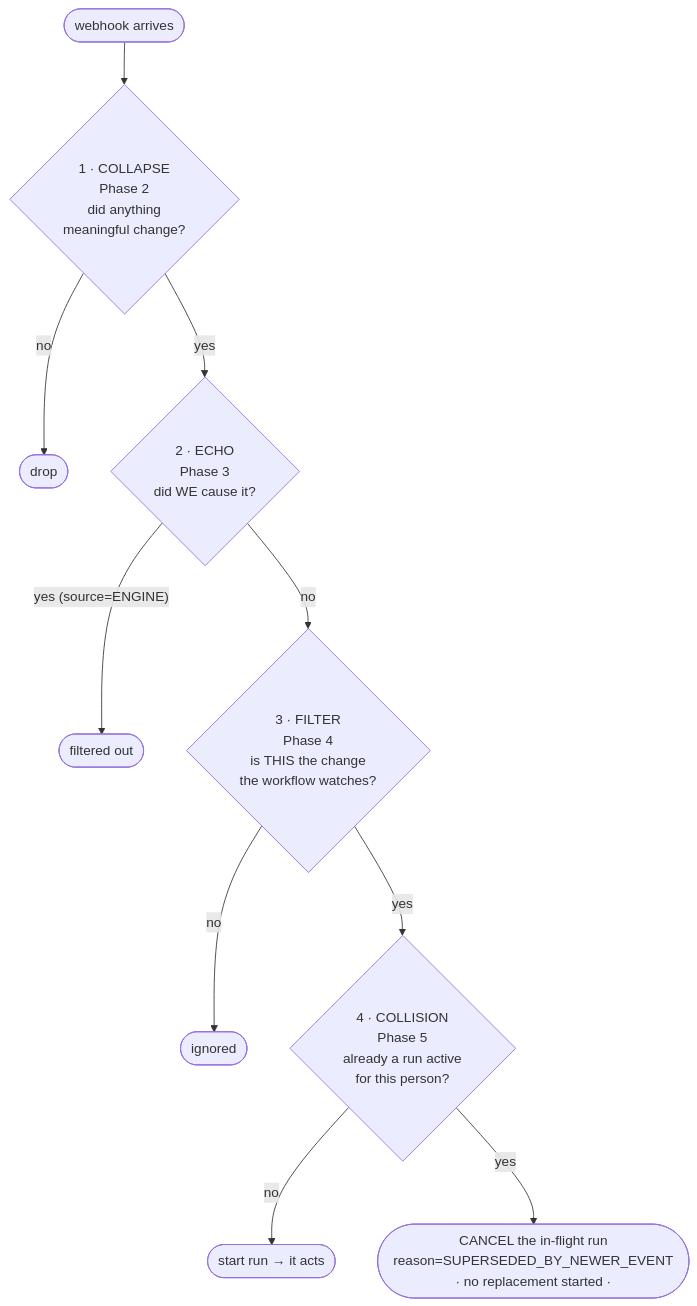
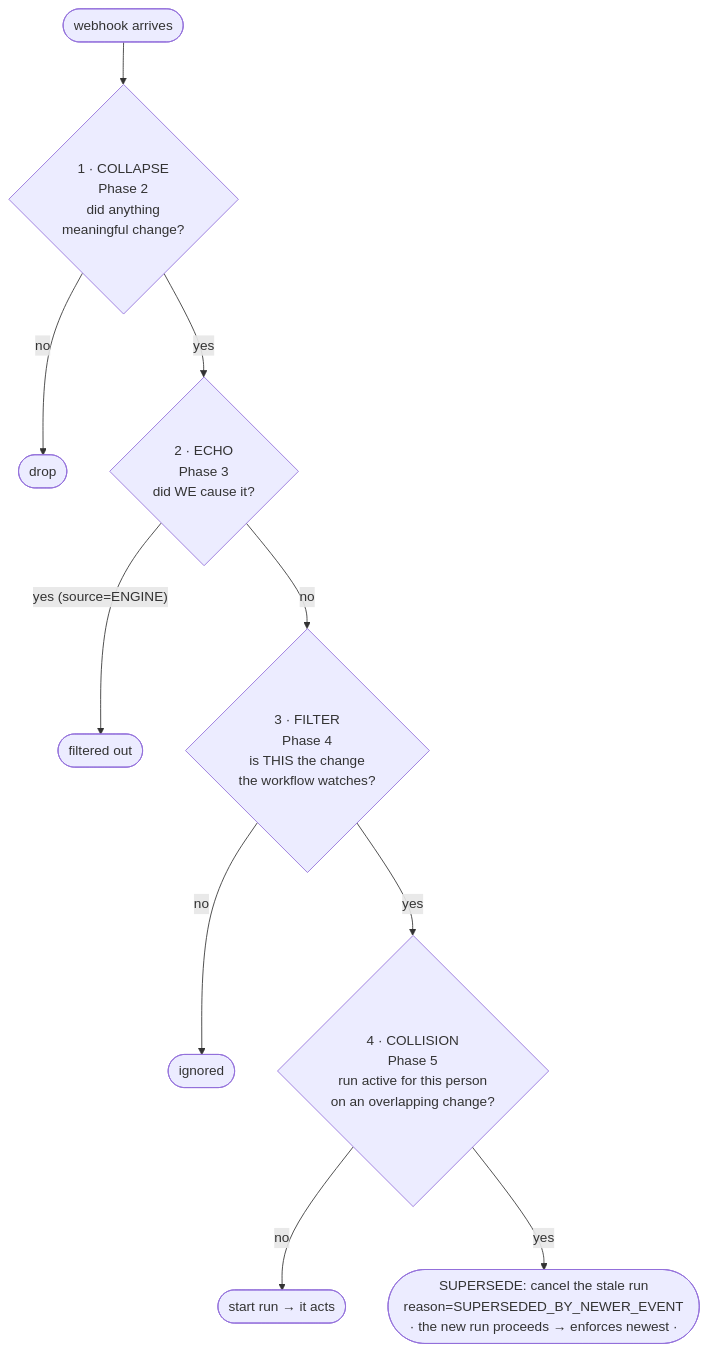
One commit to sarathkumar365/FUB-Automation changed the seventh of 8 diagrams in Docs/features/domain-events/overview.md. Above: the diagram before and after it, drawn with Mermaid. The commit also changed other lines of this file and 10 other files, not shown here.

````diff
--- a/Docs/features/domain-events/overview.md
+++ b/Docs/features/domain-events/overview.md
@@ -164,12 +164,12 @@
 ```mermaid
 flowchart TD
     WH([webhook arrives]) --> L1{1 · COLLAPSE<br/>Phase 2<br/>did anything<br/>meaningful change?}
     L1 -->|no| X1([drop])
     L1 -->|yes| L2{2 · ECHO<br/>Phase 3<br/>did WE cause it?}
     L2 -->|"yes (source=ENGINE)"| X2([filtered out])
     L2 -->|no| L3{3 · FILTER<br/>Phase 4<br/>is THIS the change<br/>the workflow watches?}
     L3 -->|no| X3([ignored])
-    L3 -->|yes| L4{4 · COLLISION<br/>Phase 5<br/>already a run active<br/>for this person?}
+    L3 -->|yes| L4{4 · COLLISION<br/>Phase 5<br/>run active for this person<br/>on an overlapping change?}
     L4 -->|no| RUN([start run → it acts])
-    L4 -->|"yes"| CAN([CANCEL the in-flight run<br/>reason=SUPERSEDED_BY_NEWER_EVENT<br/>· no replacement started ·])
+    L4 -->|"yes"| SUP([SUPERSEDE: cancel the stale run<br/>reason=SUPERSEDED_BY_NEWER_EVENT<br/>· the new run proceeds → enforces newest ·])
 ```
````
